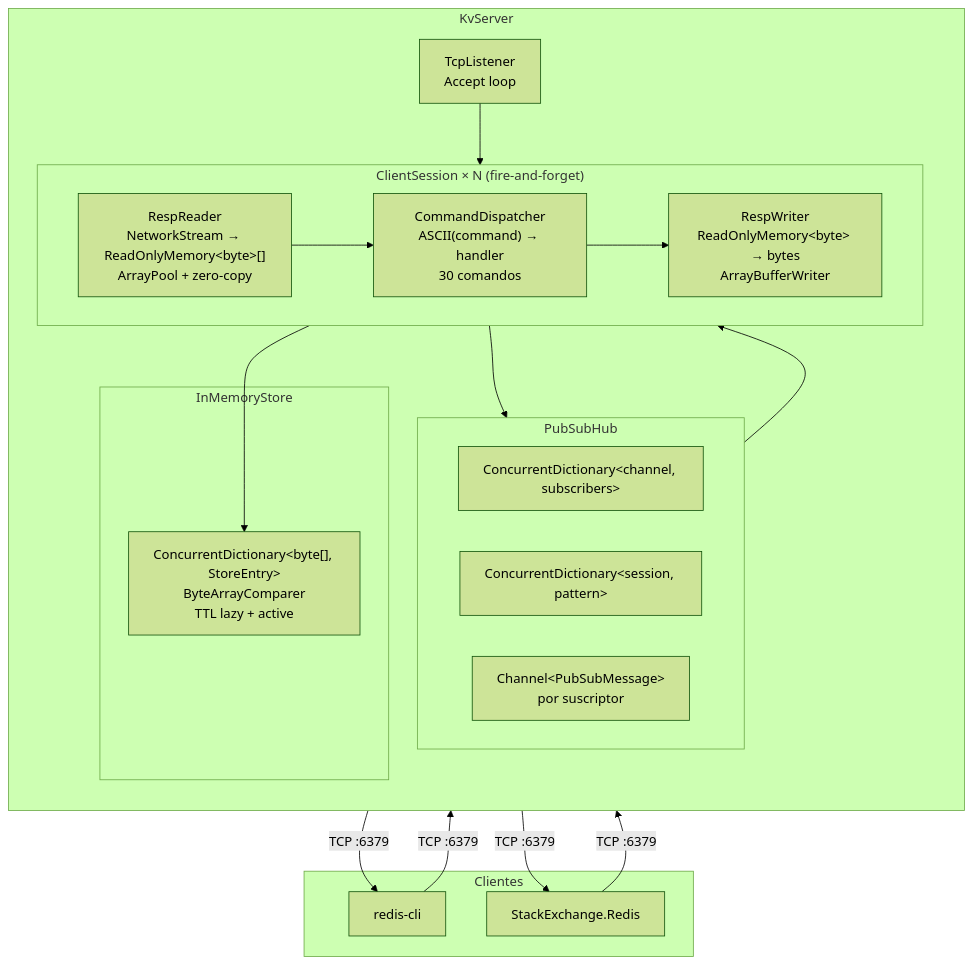
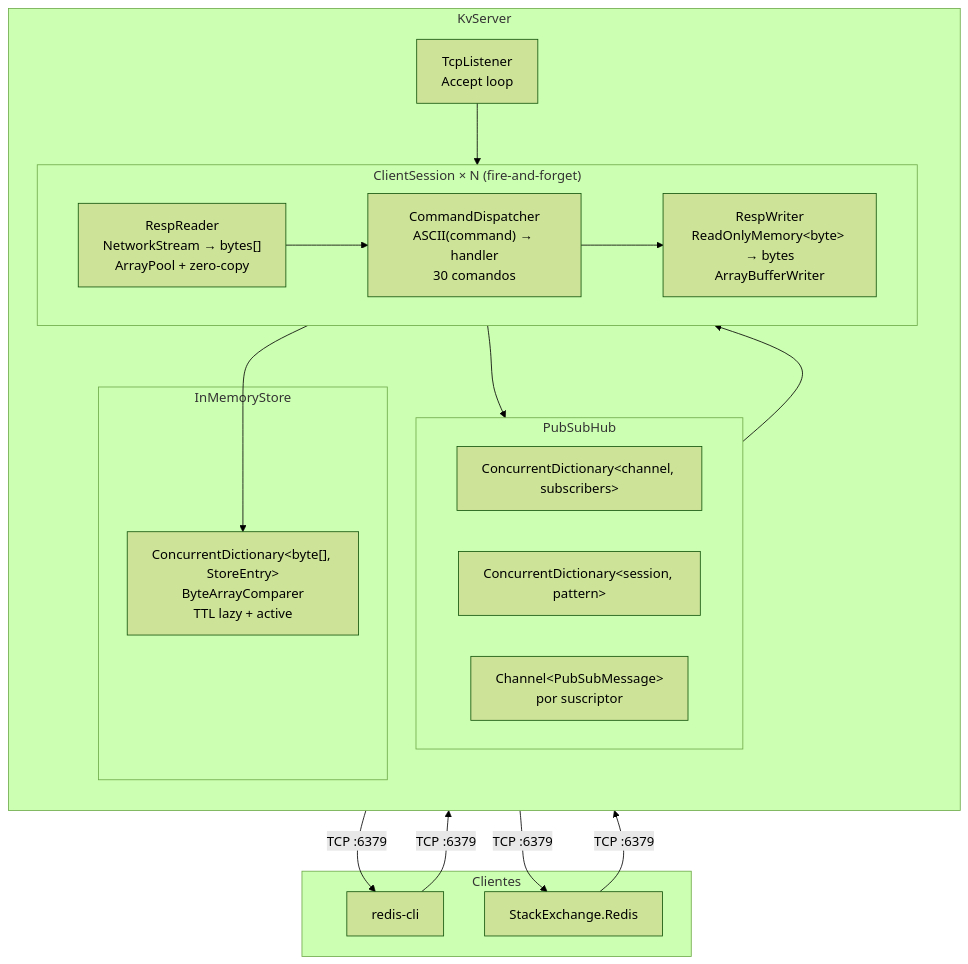
One commit to Alexander25470/keyval-memstore changed the first of 6 diagrams in ARCHITECTURE.md. Above: the diagram before and after it, drawn with Mermaid (forest theme). The commit also changed other lines of this file and 1 other file, not shown here.

````diff
--- a/ARCHITECTURE.md
+++ b/ARCHITECTURE.md
@@ -57,40 +57,40 @@
 ```mermaid
 flowchart TB
     subgraph Clients["Clientes"]
         CLI[redis-cli]
         SER[StackExchange.Redis]
     end
 
     subgraph Server["KvServer"]
         direction TB
         TL[TcpListener<br/>Accept loop]
 
         subgraph Sessions["ClientSession × N (fire-and-forget)"]
             direction LR
-            RR["RespReader<br/>NetworkStream → ReadOnlyMemory&lt;byte&gt;[]<br/>ArrayPool + zero-copy"]
+            RR["RespReader<br/>NetworkStream → bytes[]<br/>ArrayPool + zero-copy"]
             CD["CommandDispatcher<br/>ASCII(command) → handler<br/>30 comandos"]
             RW["RespWriter<br/>ReadOnlyMemory&lt;byte&gt; → bytes<br/>ArrayBufferWriter"]
             RR --> CD --> RW
         end
 
         subgraph PubSub["PubSubHub"]
             CH["ConcurrentDictionary&lt;channel, subscribers&gt;"]
             PT["ConcurrentDictionary&lt;session, pattern&gt;"]
             IB["Channel&lt;PubSubMessage&gt;<br/>por suscriptor"]
         end
 
         subgraph Store["InMemoryStore"]
             IMS["ConcurrentDictionary&lt;byte[], StoreEntry&gt;<br/>ByteArrayComparer<br/>TTL lazy + active"]
         end
 
         TL --> Sessions
         CD --> IMS
         CD --> PubSub
         PubSub --> Sessions
     end
 
     CLI -->|TCP :6379| TL
     SER -->|TCP :6379| TL
     RW -->|TCP :6379| CLI
     RW -->|TCP :6379| SER
 ```
````
